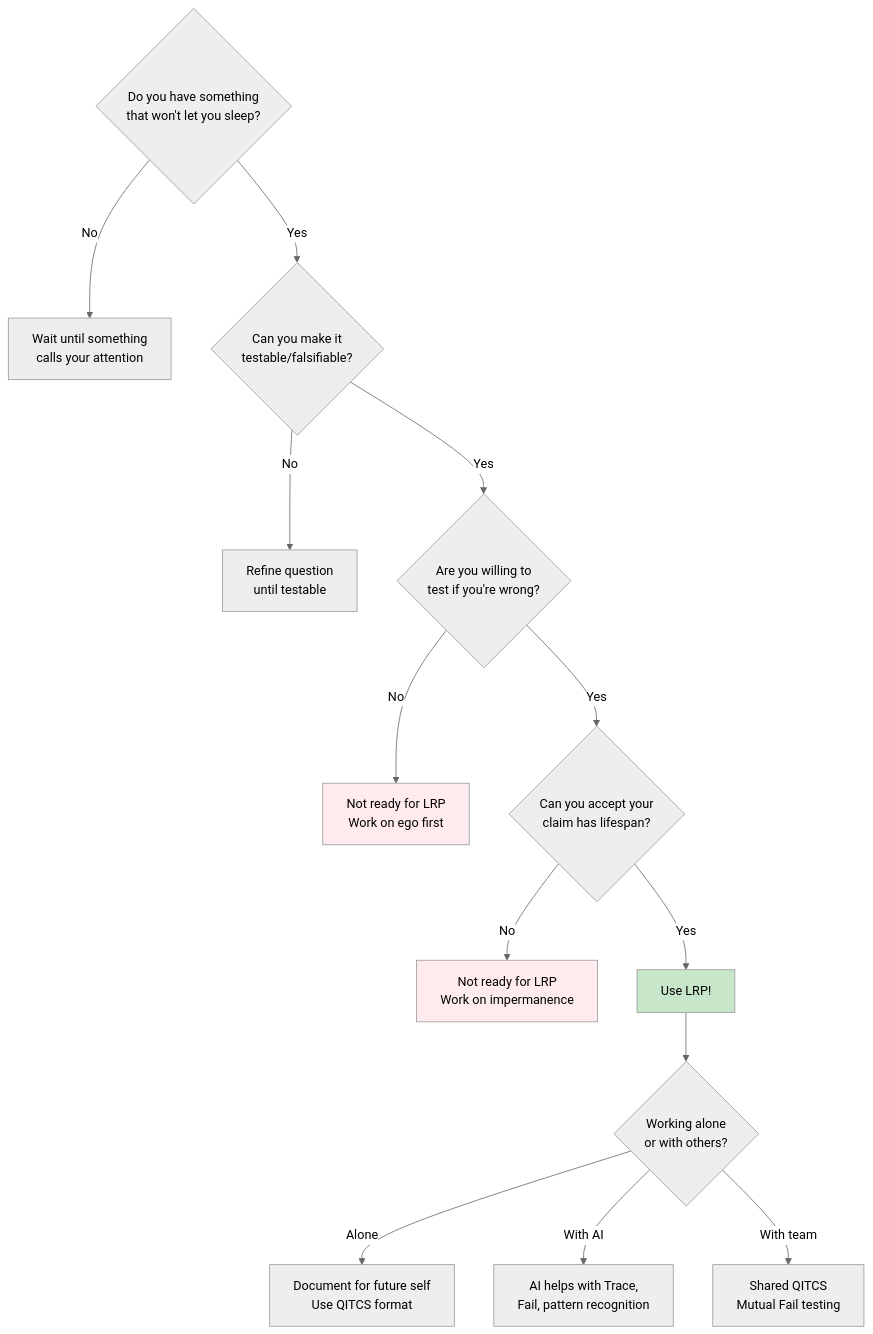
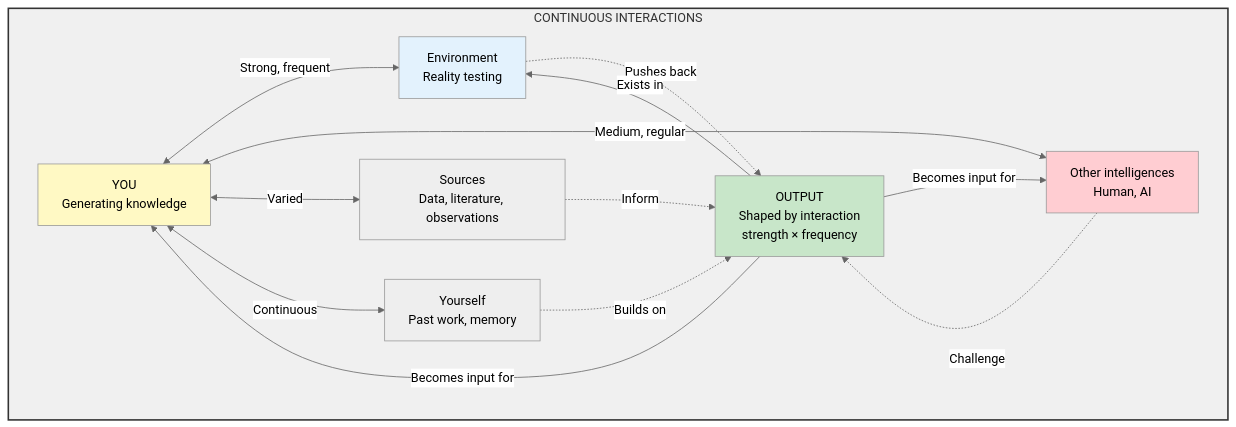
One commit to NoEndsNoGains/living-research-protocol changed the fifth of 6 diagrams in LRP_Visual_Guide.md. Above: the diagram before and after it, drawn with Mermaid (neutral theme). The commit also changed other lines of this file, not shown here.

````diff
--- a/LRP_Visual_Guide.md
+++ b/LRP_Visual_Guide.md
@@ -171,26 +243,28 @@
 ```mermaid
-graph TD
-    Start{Do you have something<br/>that won't let you sleep?}
+graph TB
+    subgraph Interactions[CONTINUOUS INTERACTIONS]
+        You[YOU<br/>Generating knowledge]
+        
+        You <-->|Strong, frequent| Env[Environment<br/>Reality testing]
+        You <-->|Medium, regular| Others[Other intelligences<br/>Human, AI]
+        You <-->|Varied| Sources[Sources<br/>Data, literature, observations]
+        You <-->|Continuous| Self[Yourself<br/>Past work, memory]
+        
+        Env -.Pushes back.-> Output
+        Others -.Challenge.-> Output
+        Sources -.Inform.-> Output
+        Self -.Builds on.-> Output
+        
+        Output[OUTPUT<br/>Shaped by interaction<br/>strength × frequency]
+        
+        Output -->|Becomes input for| You
+        Output -->|Becomes input for| Others
+        Output -->|Exists in| Env
+    end
     
-    Start -->|No| Wait[Wait until something<br/>calls your attention]
-    Start -->|Yes| Q1{Can you make it<br/>testable/falsifiable?}
-    
-    Q1 -->|No| Refine[Refine question<br/>until testable]
-    Q1 -->|Yes| Q2{Are you willing to<br/>test if you're wrong?}
-    
-    Q2 -->|No| NotReady[Not ready for LRP<br/>Work on ego first]
-    Q2 -->|Yes| Q3{Can you accept your<br/>claim has lifespan?}
-    
-    Q3 -->|No| NotReady2[Not ready for LRP<br/>Work on impermanence]
-    Q3 -->|Yes| UseLRP[Use LRP!]
-    
-    UseLRP --> Type{Working alone<br/>or with others?}
-    
-    Type -->|Alone| Solo[Document for future self<br/>Use QITCS format]
-    Type -->|With AI| AI[AI helps with Trace,<br/>Fail, pattern recognition]
-    Type -->|With team| Team[Shared QITCS<br/>Mutual Fail testing]
-    
-    style UseLRP fill:#c8e6c9
-    style NotReady fill:#ffebee
-    style NotReady2 fill:#ffebee
+    style You fill:#fff9c4
+    style Env fill:#e3f2fd
+    style Others fill:#ffcdd2
+    style Output fill:#c8e6c9
+    style Interactions fill:#f0f0f0,stroke:#333,stroke-width:2px
 ```
````
